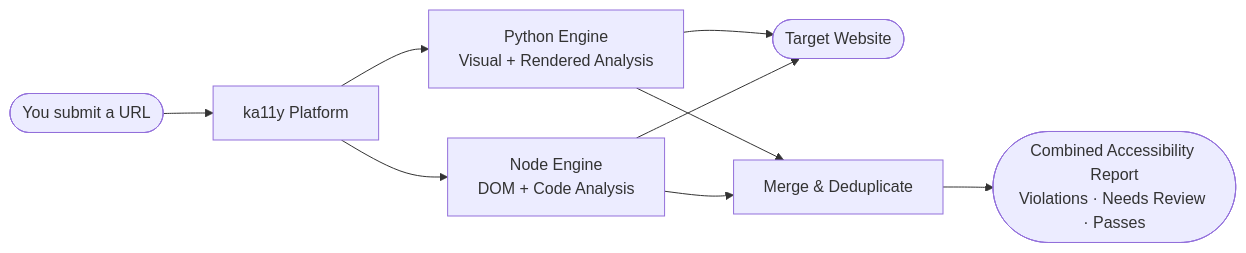
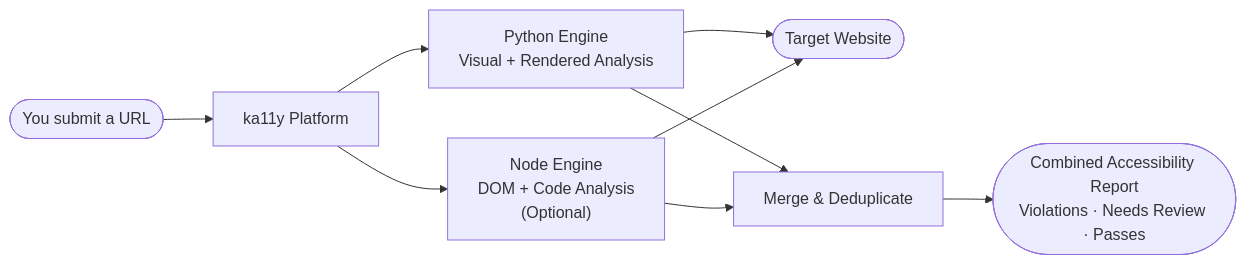
One commit to Sanjaypranavbc/ka11y changed the first of 4 diagrams in ka11y-docs/how-it-works.mdx. Above: the diagram before and after it, drawn with Mermaid. The commit also changed other lines of this file and 8 other files, not shown here.

````diff
--- a/ka11y-docs/how-it-works.mdx
+++ b/ka11y-docs/how-it-works.mdx
@@ -10,15 +10,15 @@
 ```mermaid
 graph LR
     U(["You submit a URL"]) --> K["ka11y Platform"]
 
     K --> PE["Python Engine\nVisual + Rendered Analysis"]
-    K --> NE["Node Engine\nDOM + Code Analysis"]
+    K --> NE["Node Engine\nDOM + Code Analysis\n(Optional)"]
 
     PE --> T(["Target Website"])
     NE --> T
 
     PE --> M["Merge & Deduplicate"]
     NE --> M
 
     M --> R(["Combined Accessibility Report\nViolations · Needs Review · Passes"])
 ```
````
